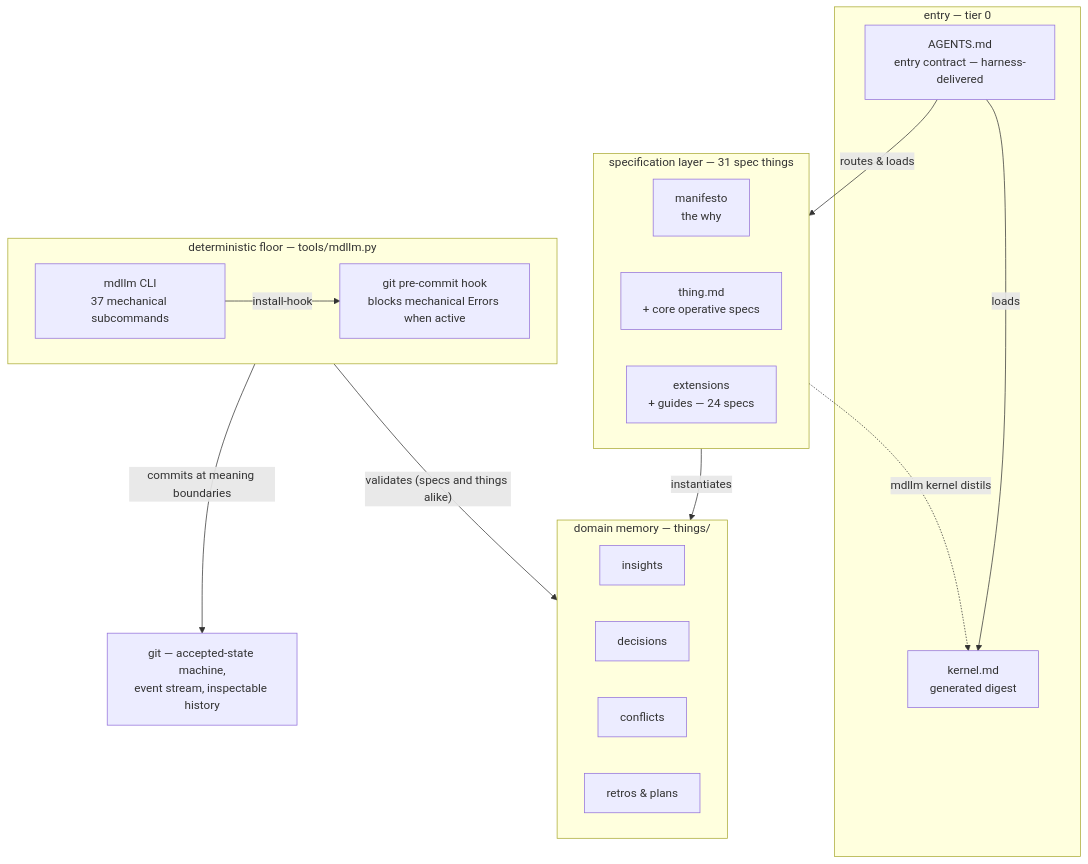
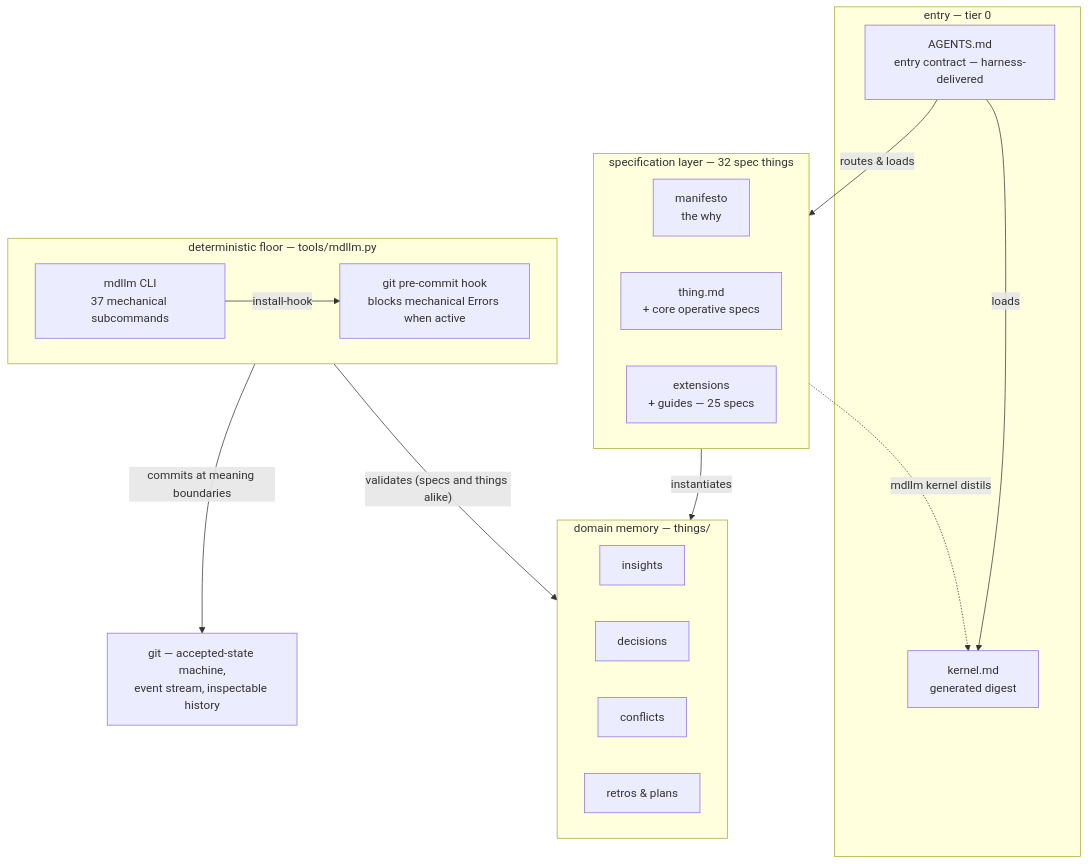
The first of 5 diagrams in docs/framework-map.md (JanoshMoshiri/MarkdownLLM), drawn with Mermaid before and after one commit. The commit also changed other lines of this file and 11 other files, not shown here.

````diff
--- a/docs/framework-map.md
+++ b/docs/framework-map.md
@@ -63,49 +63,49 @@
 ```mermaid
 flowchart TD
     accTitle: View 1 - the five bands of the framework, read top-down as a session's life
     accDescr {
         Five stacked bands. The entry band, tier 0, holds AGENTS.md as the
         harness-delivered entry contract and kernel.md as a generated digest. Below
-        it the specification layer holds 31 spec things: the manifesto for the
-        why, thing.md with the core operative specs, and 24 extension and guide
+        it the specification layer holds 32 spec things: the manifesto for the
+        why, thing.md with the core operative specs, and 25 extension and guide
         specs. Below that, domain memory in the things directory holds insights,
         decisions, conflicts, retrospectives and plans. Below that, the
         deterministic floor is tools/mdllm.py, providing the mdllm CLI with 37
         mechanical subcommands and a git pre-commit hook that, when current and
         runnable, blocks commits with mechanical Errors. At the base, git is
         the accepted-state machine, event stream and inspectable audit aid.
         The edges run as follows. AGENTS.md loads the kernel and routes
         to the specs. The specs distil back up into the kernel via mdllm
         kernel, which is why that one edge points upward. The specs instantiate
         domain memory. The CLI installs the hook. The floor validates memory,
         specs and things alike, and commits at meaning boundaries into git.
     }
     subgraph entry ["entry — tier 0"]
         AGENTS["AGENTS.md<br/>entry contract — harness-delivered"]
         KERNEL["kernel.md<br/>generated digest"]
     end
-    subgraph specs ["specification layer — 31 spec things"]
+    subgraph specs ["specification layer — 32 spec things"]
         MANIFESTO["manifesto<br/>the why"]
         THING["thing.md<br/>+ core operative specs"]
-        EXT["extensions<br/>+ guides — 24 specs"]
+        EXT["extensions<br/>+ guides — 25 specs"]
     end
     subgraph memory ["domain memory — things/"]
         INSIGHTS["insights"]
         DECISIONS["decisions"]
         CONFLICTS["conflicts"]
         RETROS["retros & plans"]
     end
     subgraph floor ["deterministic floor — tools/mdllm.py"]
         MDLLM["mdllm CLI<br/>37 mechanical subcommands"]
         HOOK["git pre-commit hook<br/>blocks mechanical Errors when active"]
     end
     GIT["git — accepted-state machine,<br/>event stream, inspectable history"]
 
     AGENTS -->|loads| KERNEL
     AGENTS -->|routes & loads| specs
     specs -.->|"mdllm kernel distils"| KERNEL
     specs -->|instantiates| memory
     MDLLM -->|install-hook| HOOK
     floor -->|"validates (specs and things alike)"| memory
     floor -->|commits at meaning boundaries| GIT
 ```
````
